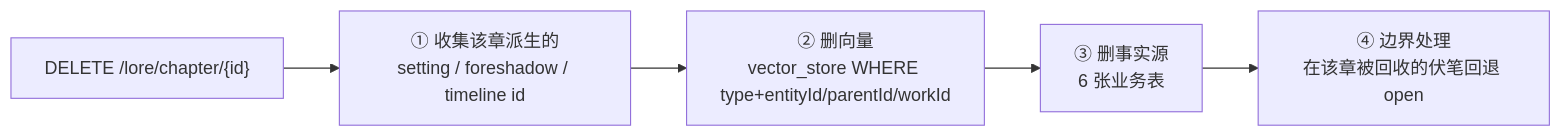
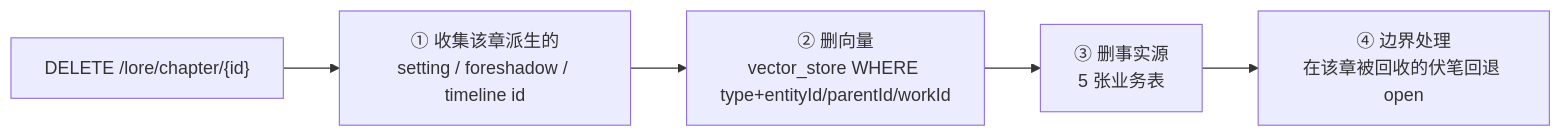
Before and after one commit to B9lair/LoreKeeper: the sixth of 6 diagrams in README.md, drawn with Mermaid. The commit also changed other lines of this file and 77 other files, not shown here.

````diff
--- a/README.md
+++ b/README.md
@@ -339,7 +326,7 @@
 ```mermaid
 flowchart LR
     A["DELETE /lore/chapter/{id}"] --> B["① 收集该章派生的<br/>setting / foreshadow / timeline id"]
     B --> C["② 删向量<br/>vector_store WHERE type+entityId/parentId/workId"]
-    C --> D["③ 删事实源<br/>6 张业务表"]
+    C --> D["③ 删事实源<br/>5 张业务表"]
     D --> E["④ 边界处理<br/>在该章被回收的伏笔回退 open"]
 ```
````
